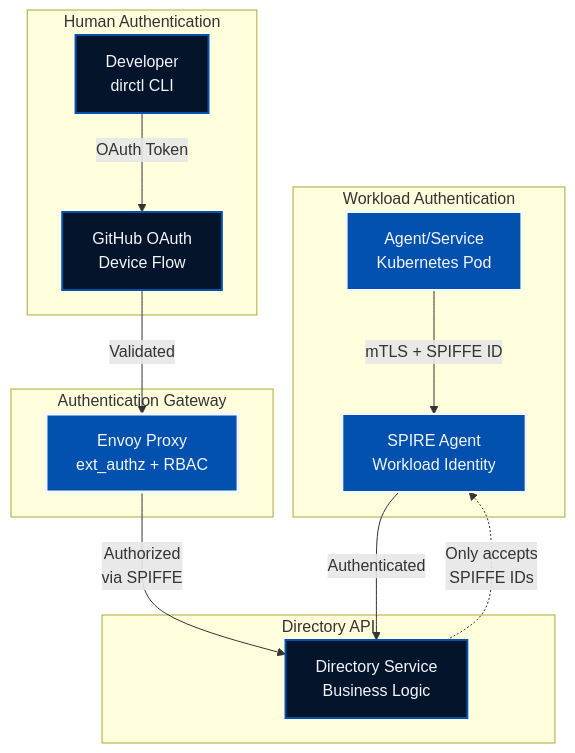
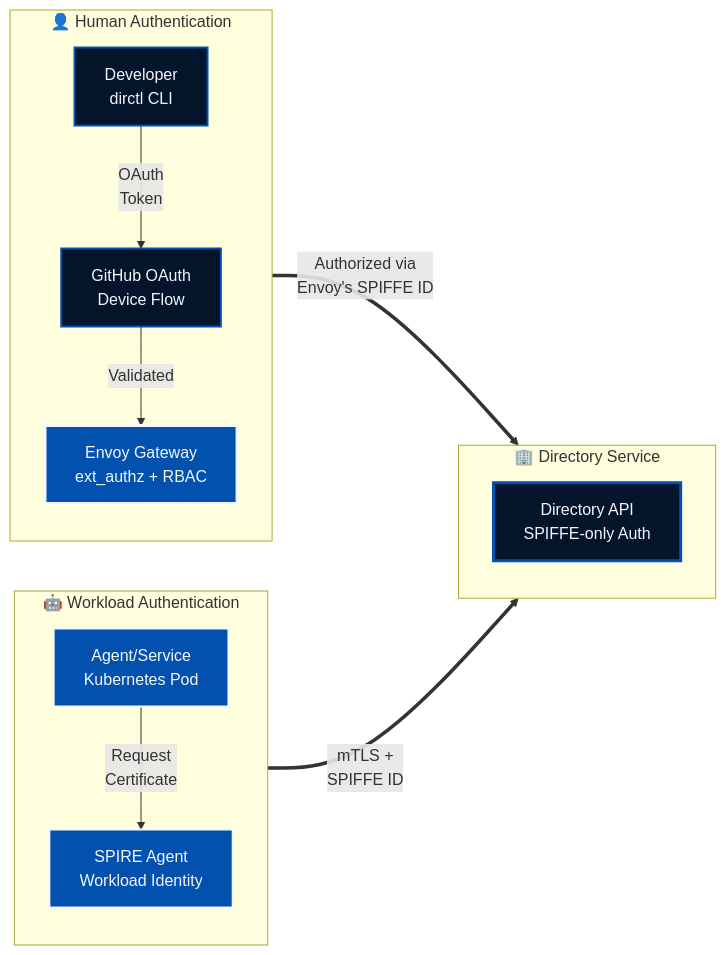
Before and after one commit to agntcy/blogs: the first of 4 diagrams in _posts/2026-01-23-directory-authentication-dual-mode-security.md, drawn with Mermaid. The commit also changed other lines of this file, not shown here.

````diff
--- a/_posts/2026-01-23-directory-authentication-dual-mode-security.md
+++ b/_posts/2026-01-23-directory-authentication-dual-mode-security.md
@@ -42,34 +33,31 @@
 ```mermaid
-flowchart TD
+flowchart LR
     classDef workload fill:#0251af,stroke:#f3f6fd,stroke-width:2px,color:#f3f6fd;
     classDef human fill:#03142b,stroke:#0251af,stroke-width:2px,color:#f3f6fd;
     classDef gateway fill:#0251af,stroke:#f3f6fd,stroke-width:3px,color:#f3f6fd;
-    classDef api fill:#03142b,stroke:#0251af,stroke-width:2px,color:#f3f6fd;
+    classDef api fill:#03142b,stroke:#0251af,stroke-width:3px,color:#f3f6fd;
 
-    subgraph "Workload Authentication"
+    subgraph Col1["🤖 Workload Authentication"]
+        direction TB
         W[Agent/Service<br/>Kubernetes Pod]:::workload
         SPIRE[SPIRE Agent<br/>Workload Identity]:::workload
+        W -->|Request<br/>Certificate| SPIRE
     end
 
-    subgraph "Human Authentication"
+    subgraph Col2["🏢 Directory Service"]
+        direction TB
+        API[Directory API<br/>SPIFFE-only Auth]:::api
+    end
+
+    subgraph Col3["👤 Human Authentication"]
+        direction TB
         H[Developer<br/>dirctl CLI]:::human
         GH[GitHub OAuth<br/>Device Flow]:::human
+        Envoy[Envoy Gateway<br/>ext_authz + RBAC]:::gateway
+        H -->|OAuth<br/>Token| GH
+        GH -->|Validated| Envoy
     end
 
-    subgraph "Authentication Gateway"
-        Envoy[Envoy Proxy<br/>ext_authz + RBAC]:::gateway
-    end
-
-    subgraph "Directory API"
-        API[Directory Service<br/>Business Logic]:::api
-    end
-
-    W -->|mTLS + SPIFFE ID| SPIRE
-    SPIRE -->|Authenticated| API
-
-    H -->|OAuth Token| GH
-    GH -->|Validated| Envoy
-    Envoy -->|Authorized<br/>via SPIFFE| API
-
-    API -.->|Only accepts<br/>SPIFFE IDs| SPIRE
+    SPIRE ==>|mTLS +<br/>SPIFFE ID| API
+    Envoy ==>|Authorized via<br/>Envoy's SPIFFE ID| API
 ```
````
